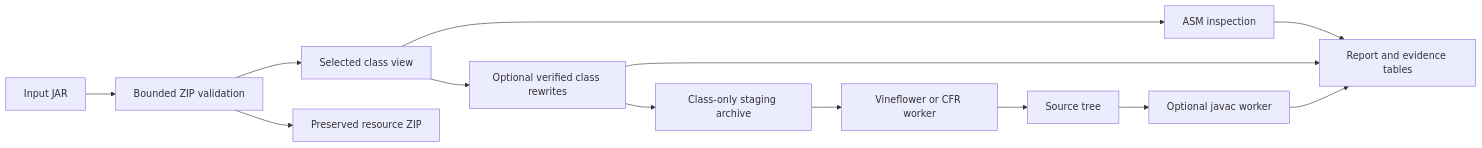
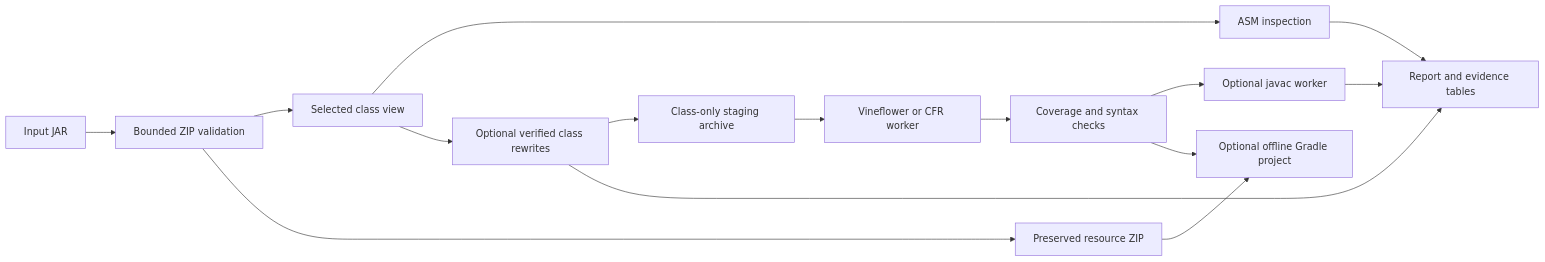
One commit to karam345/JavaDeobfuscatorX changed the diagram in docs/architecture.md. Above: the diagram before and after it, drawn with Mermaid. The commit also changed other lines of this file and 26 other files, not shown here.

````diff
--- a/docs/architecture.md
+++ b/docs/architecture.md
@@ -3,15 +3,17 @@
 ```mermaid
 flowchart LR
     A[Input JAR] --> B[Bounded ZIP validation]
     B --> C[Selected class view]
     C --> D[ASM inspection]
     C --> E[Optional verified class rewrites]
     E --> F[Class-only staging archive]
     B --> G[Preserved resource ZIP]
     F --> H[Vineflower or CFR worker]
-    H --> I[Source tree]
+    H --> I[Coverage and syntax checks]
     I --> J[Optional javac worker]
+    I --> P[Optional offline Gradle project]
+    G --> P
     D --> K[Report and evidence tables]
     E --> K
     J --> K
 ```
````
